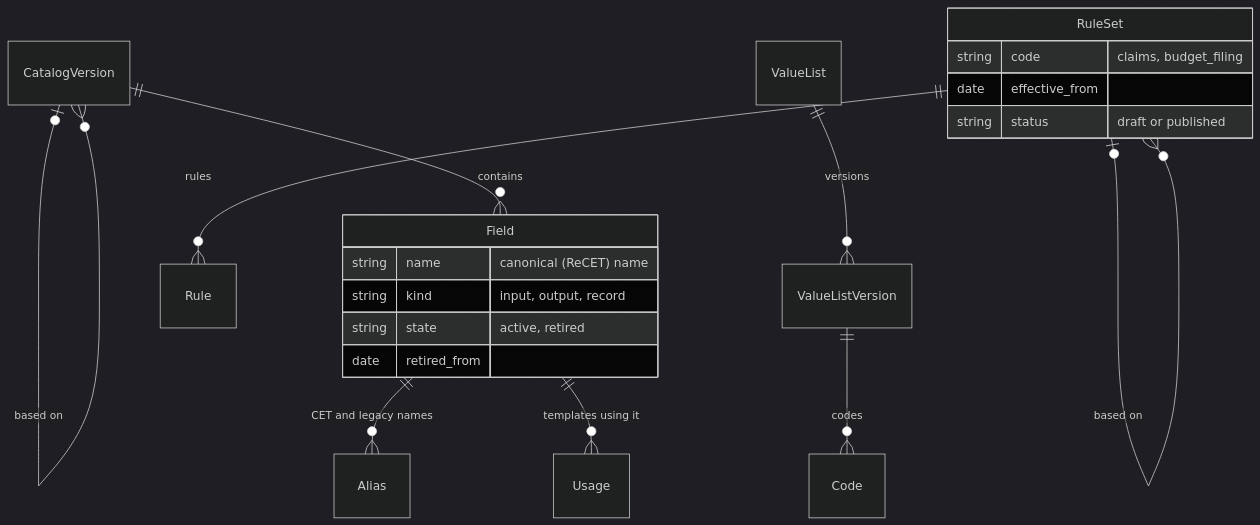
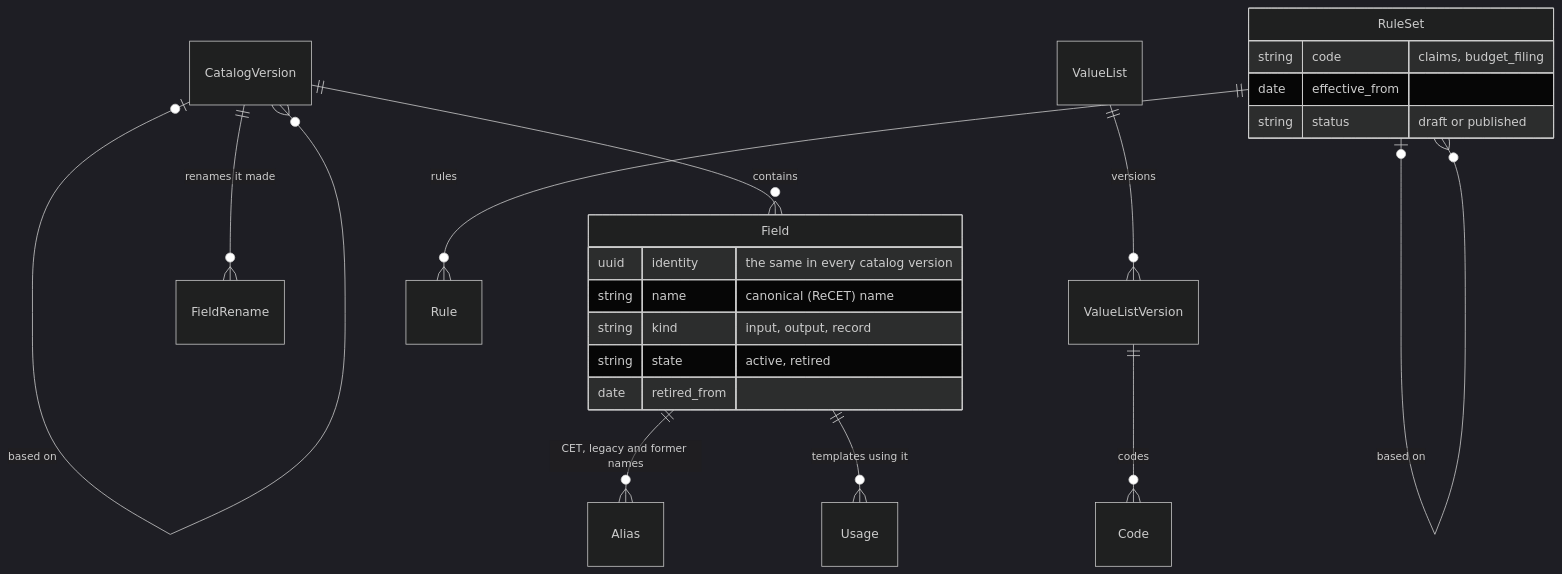
Before and after one commit to JRichardson-PGE/CEDARS-Platform: diagram 13 of 25 in docs/ARCHITECTURE_AS_BUILT.md, drawn with Mermaid (dark theme). The commit also changed other lines of this file and 25 other files, not shown here.

First line of the commit message:
Rename a field in a draft specification, with the dictionary following

````diff
--- a/docs/ARCHITECTURE_AS_BUILT.md
+++ b/docs/ARCHITECTURE_AS_BUILT.md
@@ -714,22 +722,24 @@
 ```mermaid
 erDiagram
   CatalogVersion |o--o{ CatalogVersion : "based on"
   CatalogVersion ||--o{ Field : contains
-  Field ||--o{ Alias : "CET and legacy names"
+  CatalogVersion ||--o{ FieldRename : "renames it made"
+  Field ||--o{ Alias : "CET, legacy and former names"
   Field ||--o{ Usage : "templates using it"
   ValueList ||--o{ ValueListVersion : versions
   ValueListVersion ||--o{ Code : codes
   RuleSet |o--o{ RuleSet : "based on"
   RuleSet ||--o{ Rule : rules
   Field {
+    uuid identity "the same in every catalog version"
     string name "canonical (ReCET) name"
     string kind "input, output, record"
     string state "active, retired"
     date retired_from
   }
   RuleSet {
     string code "claims, budget_filing"
     date effective_from
     string status "draft or published"
   }
 ```
````
